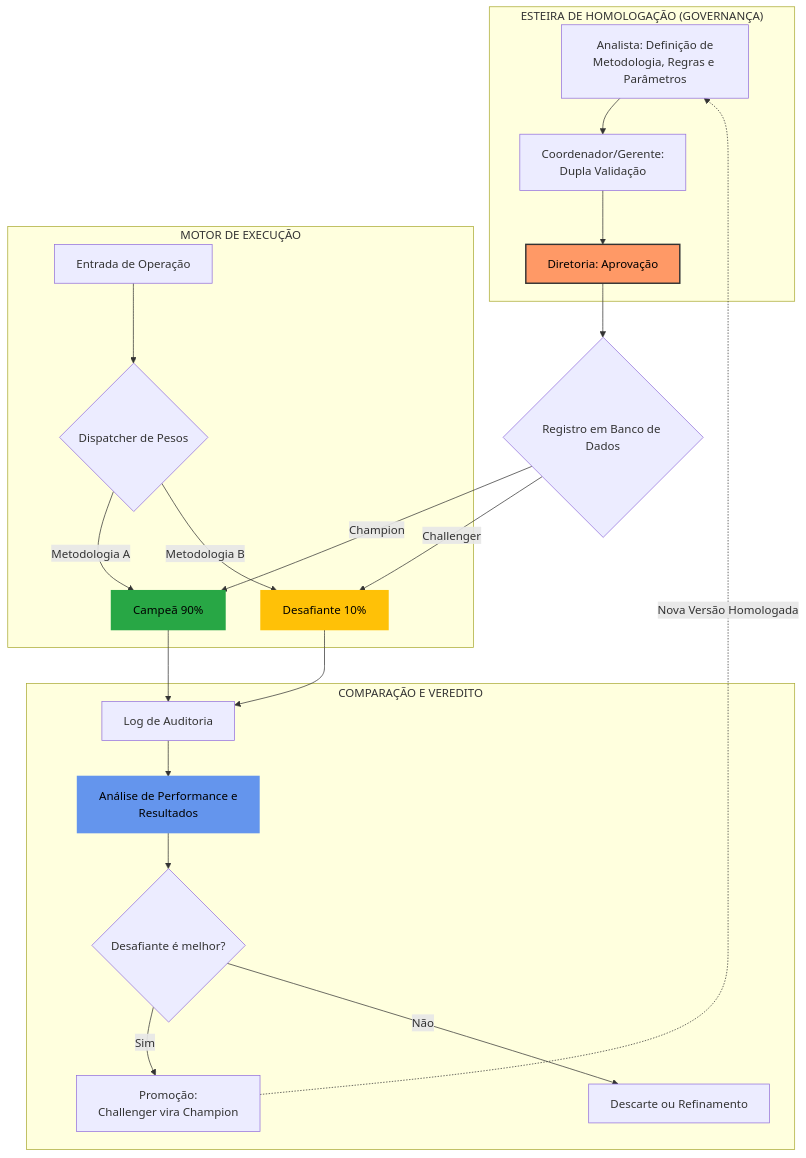
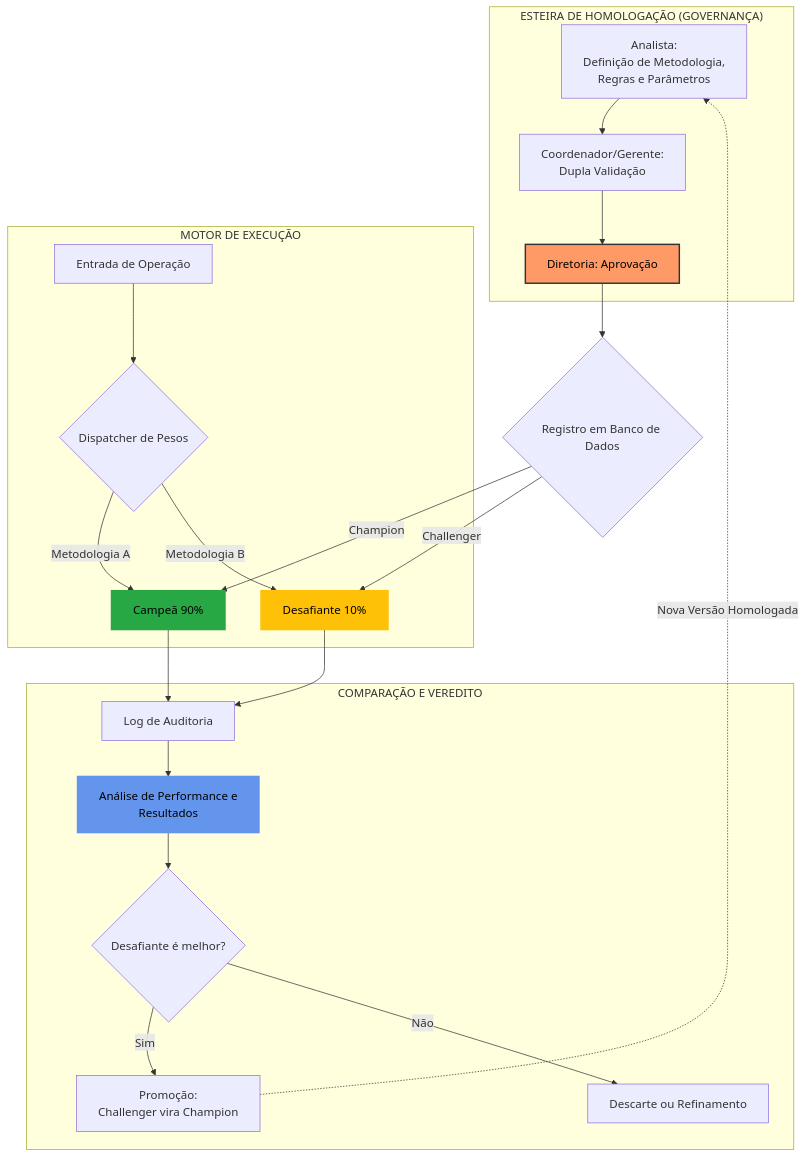
One commit to Pireddas/pireddas changed the third of 3 diagrams in README.md. Above: the diagram before and after it, drawn with Mermaid.

````diff
--- a/README.md
+++ b/README.md
@@ -435,41 +435,41 @@
 ```mermaid
 graph TD
     %% Camada de Alçadas e Aprovação
     subgraph Alçadas ["ESTEIRA DE HOMOLOGAÇÃO (GOVERNANÇA)"]
-        A[Analista: Definição de<br>Metodologia, Regras e Parâmetros] --> B[Coordenador/Gerente:<br/>Dupla Validação]
+        A[Analista:<br/>Definição de Metodologia,<br>Regras e Parâmetros] --> B[Coordenador/Gerente:<br/>Dupla Validação]
         B --> C[Diretoria: Aprovação]
     end
 
     %% Registro e Estados
     C --> D{Registro em Banco de Dados}
     D -->|Champion| E[Campeã 90%]
     D -->|Challenger| F[Desafiante 10%]
 
     %% Camada de Execução (Dispatcher)
     subgraph Execucao ["MOTOR DE EXECUÇÃO"]
         G[Entrada de Operação] --> H{Dispatcher de Pesos}
         H -->|Metodologia A| E
         H -->|Metodologia B| F
     end
 
     %% Auditoria e Resultados
     E --> I[Log de Auditoria]
     F --> I
     
     subgraph Analise ["COMPARAÇÃO E VEREDITO"]
         I --> J[Análise de Performance e<br/>Resultados]
         J --> K{Desafiante é melhor?}
         K -->|Sim| L[Promoção:<br/>Challenger vira Champion]
         K -->|Não| M[Descarte ou Refinamento]
     end
 
     %% Retroalimentação
     L -.->|Nova Versão Homologada| A
 
     %% Estilização
     style C fill:#f96,stroke:#333,stroke-width:2px,color:#000
     style E fill:#28a745,stroke:#28a745,stroke-width:2px,color:#000
     style F fill:#ffc107,stroke:#ffc107,stroke-width:2px,color:#000
     style J fill:#6495ED,stroke:#6495ED,stroke-width:2px,color:#000
 
 ```
````
